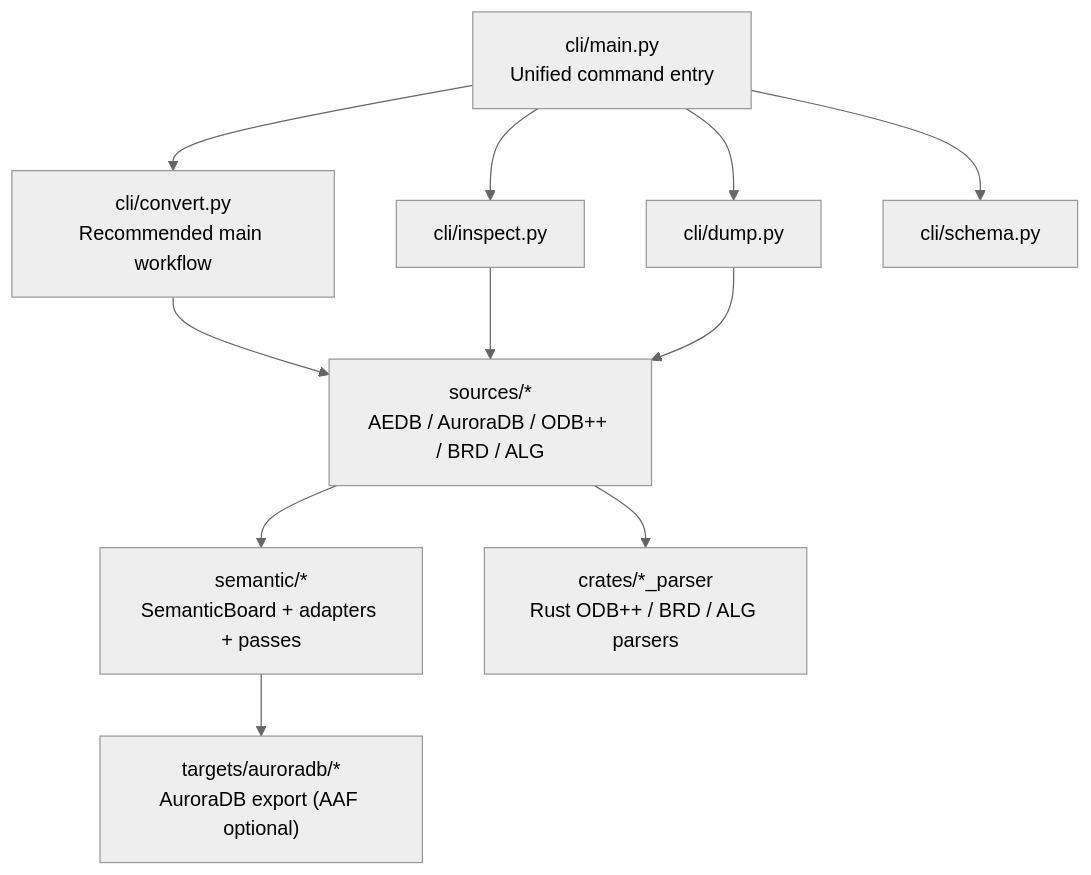
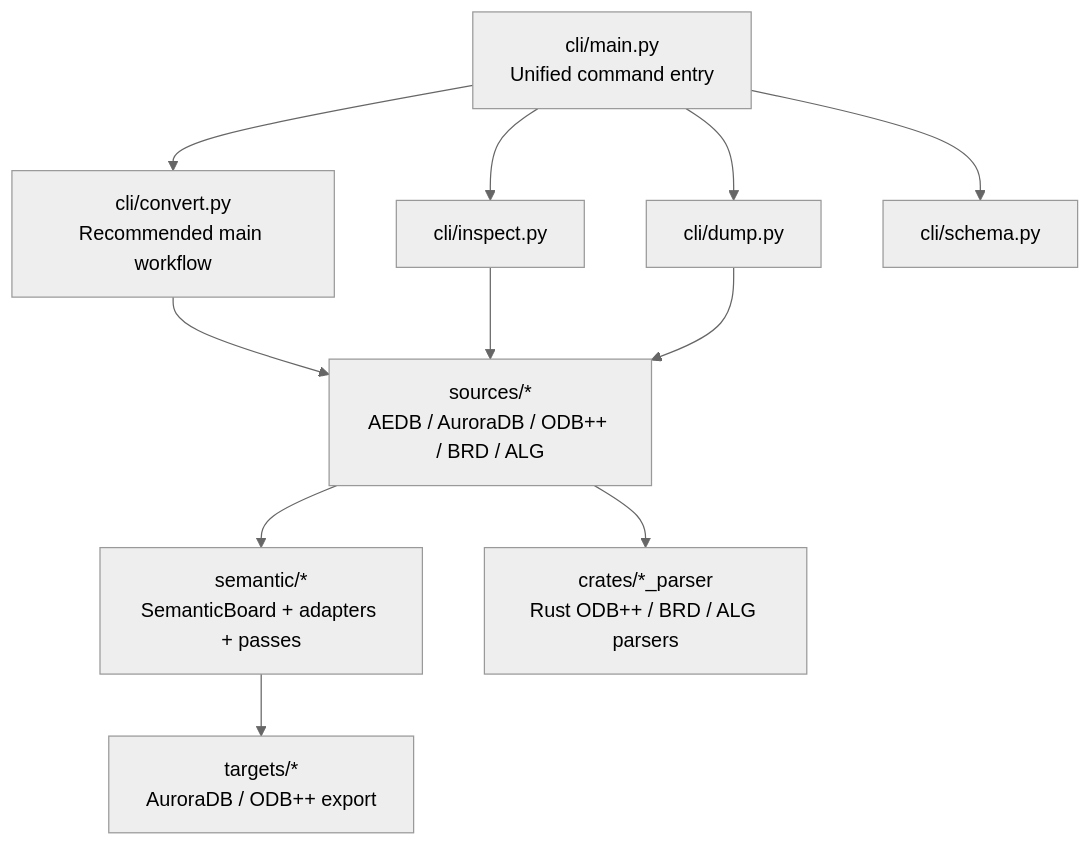
The eighth of 14 diagrams in docs/architecture.md (HaiwenZhang/ZenPCBParser), drawn with Mermaid (neutral theme) before and after one commit. The commit also changed other lines of this file and 47 other files, not shown here.

Commit message:
Add ODB++ exporter and align Allegro AuroraDB output

````diff
--- a/docs/architecture.md
+++ b/docs/architecture.md
@@ -397,23 +405,23 @@
 ```mermaid
 flowchart TD
     cli["cli/main.py<br/>Unified command entry"]
     convert["cli/convert.py<br/>Recommended main workflow"]
     inspect["cli/inspect.py"]
     dump["cli/dump.py"]
     schema["cli/schema.py"]
 
     sources["sources/*<br/>AEDB / AuroraDB / ODB++ / BRD / ALG"]
     semantic["semantic/*<br/>SemanticBoard + adapters + passes"]
-    targets["targets/auroradb/*<br/>AuroraDB export (AAF optional)"]
+    targets["targets/*<br/>AuroraDB / ODB++ export"]
     rust["crates/*_parser<br/>Rust ODB++ / BRD / ALG parsers"]
 
     cli --> convert
     cli --> inspect
     cli --> dump
     cli --> schema
     convert --> sources
     inspect --> sources
     dump --> sources
     sources --> rust
     sources --> semantic --> targets
 ```
````
